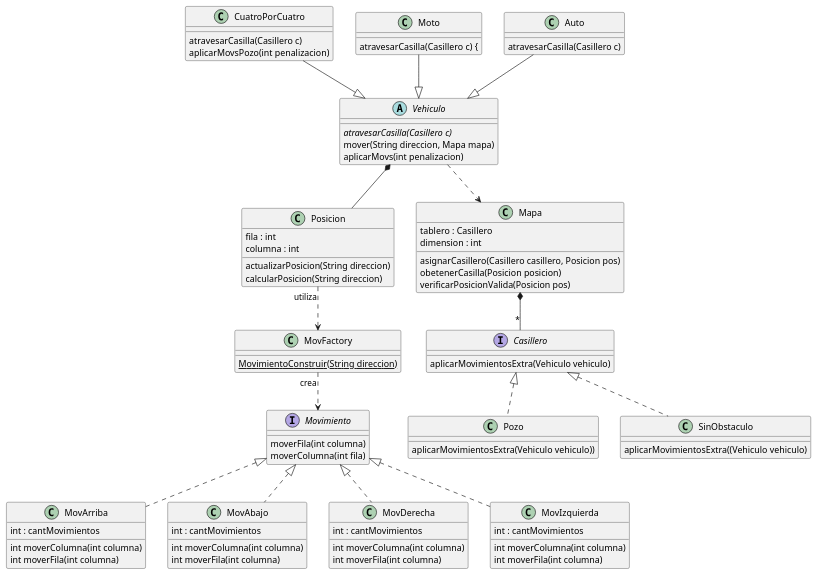
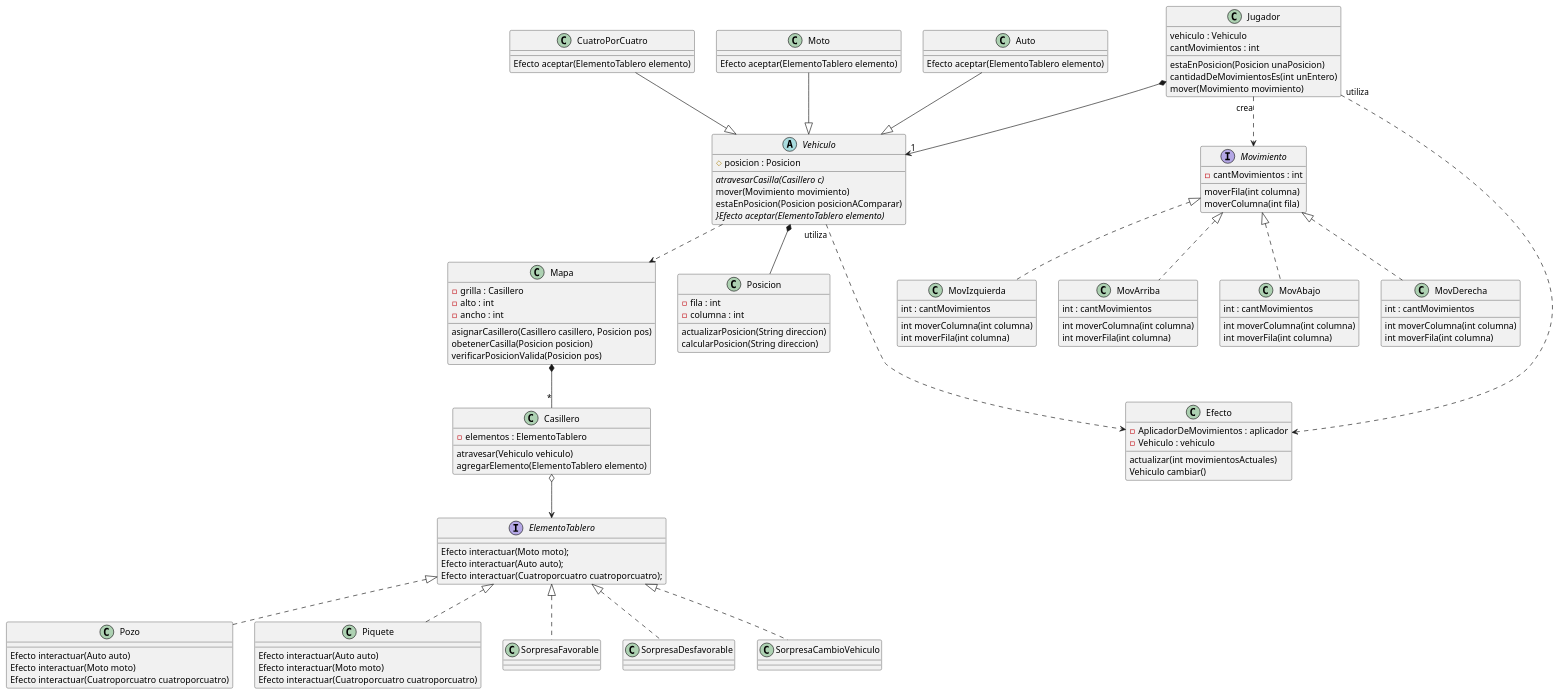
The diagram in diagrams/classes/diagrama de clase.puml (TomBPotochek/AlgoRitmos-GPS_Challenge-TP2), drawn with PlantUML before and after one commit. The commit also changed 4 other files, not shown here.

Commit message:
diagrama e informe actualizados

```diff
--- a/diagrams/classes/diagrama de clase.puml
+++ b/diagrams/classes/diagrama de clase.puml
@@ -1,83 +1,119 @@
 @startuml
 'https://plantuml.com/class-diagram'
 abstract class Vehiculo{
+    # posicion : Posicion
     {abstract}atravesarCasilla(Casillero c)
-    mover(String direccion, Mapa mapa)
-    aplicarMovs(int penalizacion)
+    mover(Movimiento movimiento)
+    estaEnPosicion(Posicion posicionAComparar)
+    {abstract}}Efecto aceptar(ElementoTablero elemento)
 }
 class CuatroPorCuatro{
-     atravesarCasilla(Casillero c)
-     aplicarMovsPozo(int penalizacion)
+    Efecto aceptar(ElementoTablero elemento)
 }
 class Moto{
-     atravesarCasilla(Casillero c) {
+    Efecto aceptar(ElementoTablero elemento)
 }
 class Auto{
-    atravesarCasilla(Casillero c)
+    Efecto aceptar(ElementoTablero elemento)
 }
 class Posicion{
-    fila : int
-    columna : int
+    - fila : int
+    - columna : int
     actualizarPosicion(String direccion)
     calcularPosicion(String direccion)
 }
 
-interface Casillero{
-    aplicarMovimientosExtra(Vehiculo vehiculo)
+class Casillero{
+    - elementos : ElementoTablero
+    atravesar(Vehiculo vehiculo)
+    agregarElemento(ElementoTablero elemento)
 }
+
+class Efecto{
+    - AplicadorDeMovimientos : aplicador
+    - Vehiculo : vehiculo
+    actualizar(int movimientosActuales)
+    Vehiculo cambiar()
+}
+
 class Mapa{
-    tablero : Casillero
-    dimension : int
+    - grilla : Casillero
+    - alto : int
+    - ancho : int
     asignarCasillero(Casillero casillero, Posicion pos)
     obetenerCasilla(Posicion posicion)
     verificarPosicionValida(Posicion pos)
 }
 
-class Pozo implements Casillero{
-    aplicarMovimientosExtra(Vehiculo vehiculo))
-}
-class SinObstaculo implements Casillero{
-    aplicarMovimientosExtra((Vehiculo vehiculo)
+interface ElementoTablero{
+    Efecto interactuar(Moto moto);
+    Efecto interactuar(Auto auto);
+    Efecto interactuar(Cuatroporcuatro cuatroporcuatro);
 }
 
-class MovFactory{
-    {static}MovimientoConstruir(String direccion)
+class Pozo implements ElementoTablero{
+    Efecto interactuar(Auto auto)
+    Efecto interactuar(Moto moto)
+    Efecto interactuar(Cuatroporcuatro cuatroporcuatro)
+}
+class Piquete implements ElementoTablero{
+    Efecto interactuar(Auto auto)
+    Efecto interactuar(Moto moto)
+    Efecto interactuar(Cuatroporcuatro cuatroporcuatro)
+}
+
+class SorpresaFavorable implements ElementoTablero{
+}
+class SorpresaDesfavorable implements ElementoTablero{
+}
+class SorpresaCambioVehiculo implements ElementoTablero{
 }
 
 interface Movimiento{
+    - cantMovimientos : int
     moverFila(int columna)
     moverColumna(int fila)
 }
 class MovArriba implements Movimiento{
     int : cantMovimientos
     int moverColumna(int columna)
     int moverFila(int columna)
 }
 class MovAbajo implements Movimiento{
     int : cantMovimientos
     int moverColumna(int columna)
     int moverFila(int columna)
 }
 class MovDerecha implements Movimiento{
     int : cantMovimientos
     int moverColumna(int columna)
     int moverFila(int columna)
 }
 class MovIzquierda implements Movimiento{
     int : cantMovimientos
     int moverColumna(int columna)
     int moverFila(int columna)
 }
 
-Mapa *-- "*" Casillero
+class Jugador{
+    vehiculo : Vehiculo
+    cantMovimientos : int
+    estaEnPosicion(Posicion unaPosicion)
+    cantidadDeMovimientosEs(int unEntero)
+    mover(Movimiento movimiento)
+}
+
+Mapa *--"*" Casillero
 Moto --|> Vehiculo
 Auto --|> Vehiculo
 CuatroPorCuatro --|> Vehiculo
 Vehiculo ..> Mapa
 Vehiculo *--Posicion
 
-MovFactory "crea"..> Movimiento
+Jugador "crea"..> Movimiento
 
-Posicion "utiliza"..> MovFactory
-
+Casillero o--> ElementoTablero
+Jugador *-->"1" Vehiculo
+Jugador "utiliza"..> Efecto
+Vehiculo "utiliza"..->Efecto
 @enduml
```
